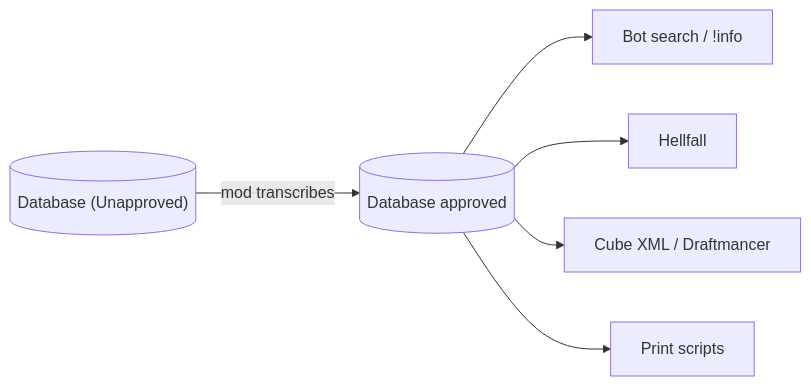
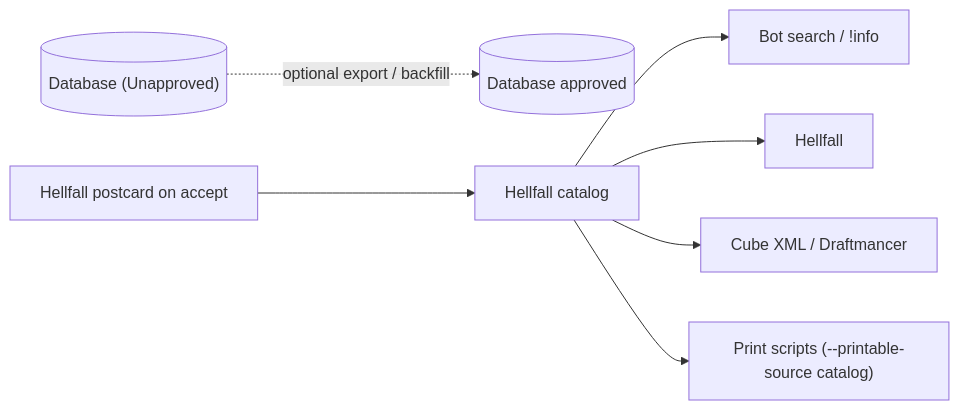
One commit to bones-bones/mork changed the third of 3 diagrams in docs/card-flows/scripts.md. Above: the diagram before and after it, drawn with Mermaid. The commit also changed other lines of this file and 35 other files, not shown here.

First line of the commit message:
Promote cards into Hellfall at veto intake and finish sheet→catalog migration.

````diff
--- a/docs/card-flows/scripts.md
+++ b/docs/card-flows/scripts.md
@@ -55,8 +73,9 @@
 ```mermaid
 flowchart LR
-  UA[("Database (Unapproved)")] -->|"mod transcribes"| AP[("Database approved")]
-  AP --> MORK["Bot search / !info"]
-  AP --> HF["Hellfall"]
-  AP --> CUBE["Cube XML / Draftmancer"]
-  AP --> PRINT["Print scripts"]
+  UA[("Database (Unapproved)")] -.->|"optional export / backfill"| AP[("Database approved")]
+  POST["Hellfall postcard on accept"] --> CAT["Hellfall catalog"]
+  CAT --> MORK["Bot search / !info"]
+  CAT --> HF["Hellfall"]
+  CAT --> CUBE["Cube XML / Draftmancer"]
+  CAT --> PRINT["Print scripts (--printable-source catalog)"]
 ```
````
